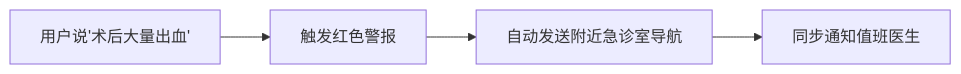
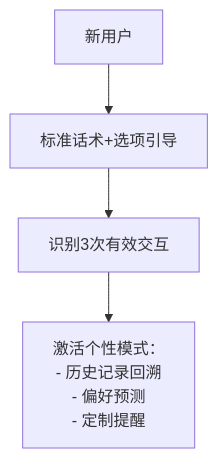
One commit to thedeathsheep/pocaster.github.io changed the sixth of 9 diagrams in _posts/2025-04-10-一种客服咨询类Agent设计方案.md. Above: the diagram before and after it, drawn with Mermaid. The commit also changed other lines of this file and 2 other files, not shown here.

```diff
--- a/_posts/2025-04-10-一种客服咨询类Agent设计方案.md
+++ b/_posts/2025-04-10-一种客服咨询类Agent设计方案.md
@@ -166,7 +168,6 @@
-  <div class="mermaid">
-  flowchart LR
-      A["用户说'术后大量出血'"] 
-      --> B["触发红色警报"]
-      --> C["自动发送附近急诊室导航"]
-      --> D["同步通知值班医生"]
-  </div>
+<div class="mermaid">
+flowchart TD
+    A[新用户] --> B["标准话术+选项引导"]
+    B --> C["识别3次有效交互"]
+    C --> D["激活个性模式：<br>- 历史记录回溯<br>- 偏好预测<br>- 定制提醒"]
+</div>
```
